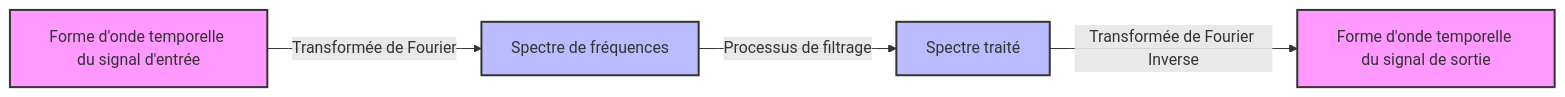
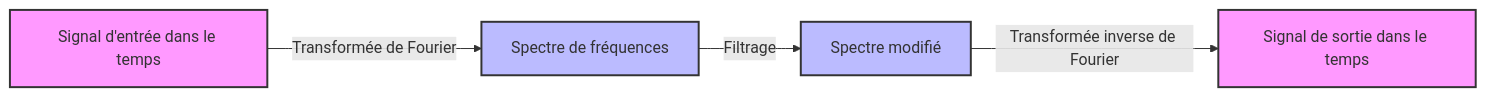
The diagram in content/post/fourier-series-and-transform/index.fr.md (kenjinote/blog), drawn with Mermaid before and after one commit. The commit also changed other lines of this file and 7 other files, not shown here.

Commit message:
Proofread four more Fourier translations with complete convergence and signal examples

````diff
--- a/content/post/fourier-series-and-transform/index.fr.md
+++ b/content/post/fourier-series-and-transform/index.fr.md
@@ -80,12 +93,11 @@
 ```mermaid
 flowchart LR
-    A["Forme d'onde temporelle du signal d'entrée"] -->|"Transformée de Fourier"| B["Spectre de fréquences"]
-    B -->|"Processus de filtrage"| C["Spectre traité"]
-    C -->|"Transformée de Fourier Inverse"| D["Forme d'onde temporelle du signal de sortie"]
-    
-    %% Style des nœuds
+    A["Signal d'entrée dans le temps"] -->|"Transformée de Fourier"| B["Spectre de fréquences"]
+    B -->|"Filtrage"| C["Spectre modifié"]
+    C -->|"Transformée inverse de Fourier"| D["Signal de sortie dans le temps"]
+
     style A fill:#f9f,stroke:#333,stroke-width:2px
     style B fill:#bbf,stroke:#333,stroke-width:2px
     style C fill:#bbf,stroke:#333,stroke-width:2px
     style D fill:#f9f,stroke:#333,stroke-width:2px
 ```
````
